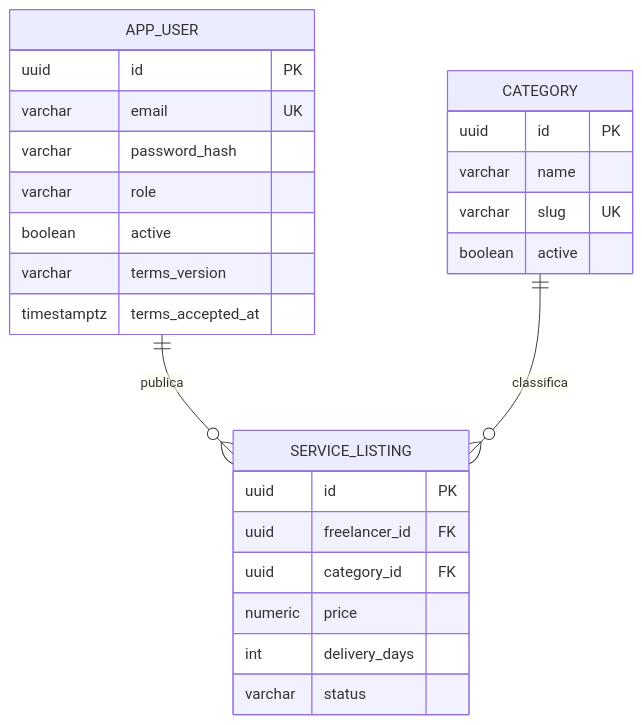
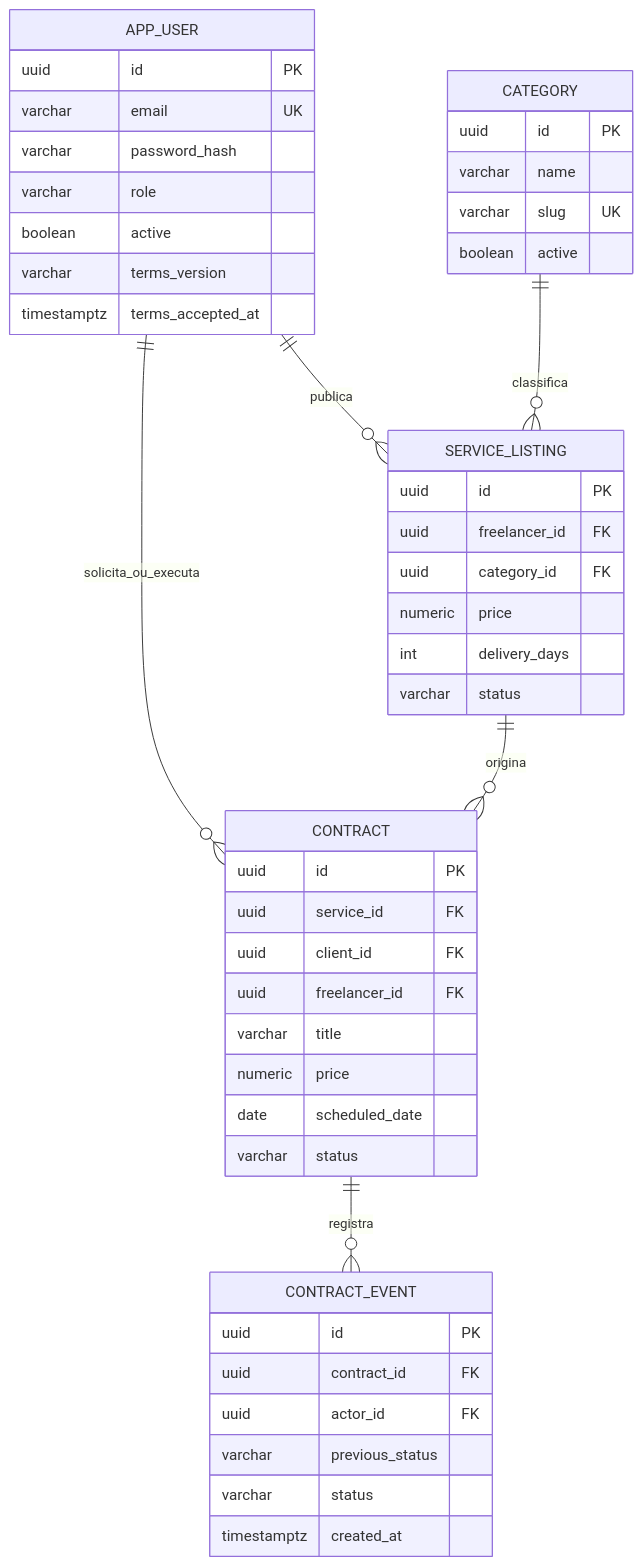
Before and after one commit to fabiolrocha/FreeLanceNow: the diagram in docs/dados.md, drawn with Mermaid. The commit also changed other lines of this file and 28 other files, not shown here.

````diff
--- a/docs/dados.md
+++ b/docs/dados.md
@@ -5,28 +5,49 @@
 ```mermaid
 erDiagram
   APP_USER ||--o{ SERVICE_LISTING : publica
   CATEGORY ||--o{ SERVICE_LISTING : classifica
+  APP_USER ||--o{ CONTRACT : solicita_ou_executa
+  SERVICE_LISTING ||--o{ CONTRACT : origina
+  CONTRACT ||--o{ CONTRACT_EVENT : registra
   APP_USER {
     uuid id PK
     varchar email UK
     varchar password_hash
     varchar role
     boolean active
     varchar terms_version
     timestamptz terms_accepted_at
   }
   CATEGORY {
     uuid id PK
     varchar name
     varchar slug UK
     boolean active
   }
   SERVICE_LISTING {
     uuid id PK
     uuid freelancer_id FK
     uuid category_id FK
     numeric price
     int delivery_days
     varchar status
   }
+  CONTRACT {
+    uuid id PK
+    uuid service_id FK
+    uuid client_id FK
+    uuid freelancer_id FK
+    varchar title
+    numeric price
+    date scheduled_date
+    varchar status
+  }
+  CONTRACT_EVENT {
+    uuid id PK
+    uuid contract_id FK
+    uuid actor_id FK
+    varchar previous_status
+    varchar status
+    timestamptz created_at
+  }
 ```
````
